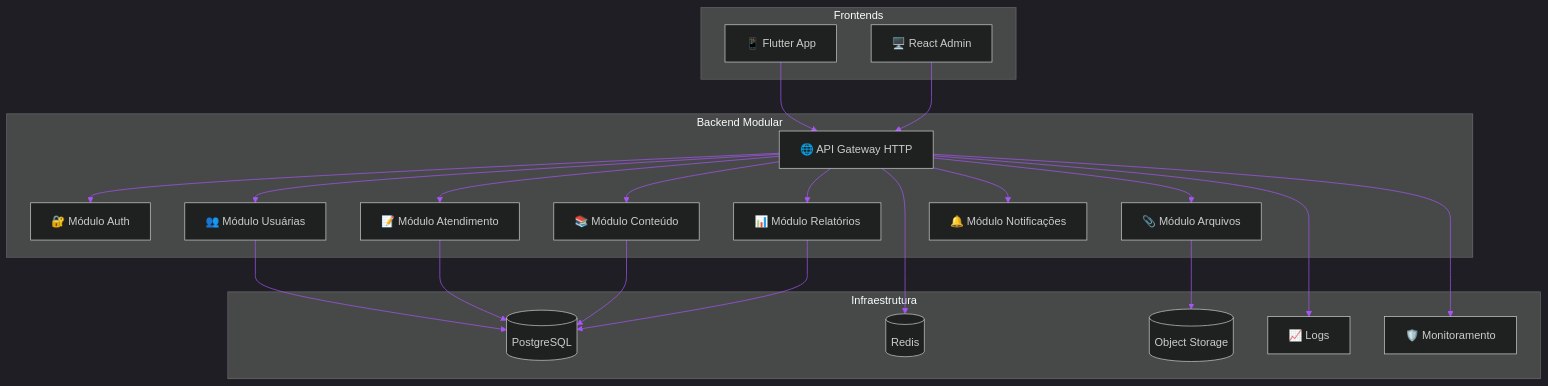
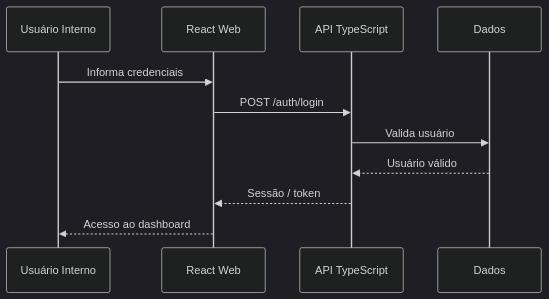
Before and after one commit to NickDevHolz/Terra-Conecta: the fifth of 11 diagrams in Terra Conecta — Proposta Institucional, Comercial e Técnica.md, drawn with Mermaid. The commit also changed other lines of this file, not shown here.

````diff
--- a/Terra Conecta — Proposta Institucional, Comercial e Técnica.md
+++ b/Terra Conecta — Proposta Institucional, Comercial e Técnica.md
@@ -487,55 +448,25 @@
 ```mermaid
 %%{init: {
 'theme':'dark',
 'themeVariables':{
 'background':'#020617',
-'primaryColor':'#0ea5e9',
+'primaryColor':'#06b6d4',
 'primaryTextColor':'#f8fafc',
 'primaryBorderColor':'#22c55e',
 'lineColor':'#a855f7',
 'secondaryColor':'#0f172a',
 'tertiaryColor':'#111827'
 }}}%%
-flowchart TB
-subgraph Frontends
-A[📱 Flutter App]
-B[🖥️ React Admin]
-end
+sequenceDiagram
+participant U as Usuário Interno
+participant W as React Web
+participant A as API TypeScript
+participant D as Dados
 
-subgraph Backend Modular
-C[🌐 API Gateway HTTP]
-D[🔐 Módulo Auth]
-E[👥 Módulo Usuárias]
-F[📝 Módulo Atendimento]
-G[📚 Módulo Conteúdo]
-H[📊 Módulo Relatórios]
-I[📎 Módulo Arquivos]
-J[🔔 Módulo Notificações]
-end
-
-subgraph Infraestrutura
-K[(PostgreSQL)]
-L[(Redis)]
-M[(Object Storage)]
-N[📈 Logs]
-O[🛡️ Monitoramento]
-end
-
-A --> C
-B --> C
-C --> D
-C --> E
-C --> F
-C --> G
-C --> H
-C --> I
-C --> J
-E --> K
-F --> K
-G --> K
-H --> K
-C --> L
-I --> M
-C --> N
-C --> O
+U->>W: Informa credenciais
+W->>A: POST /auth/login
+A->>D: Valida usuário
+D-->>A: Usuário válido
+A-->>W: Sessão / token
+W-->>U: Acesso ao dashboard
 ```
````
